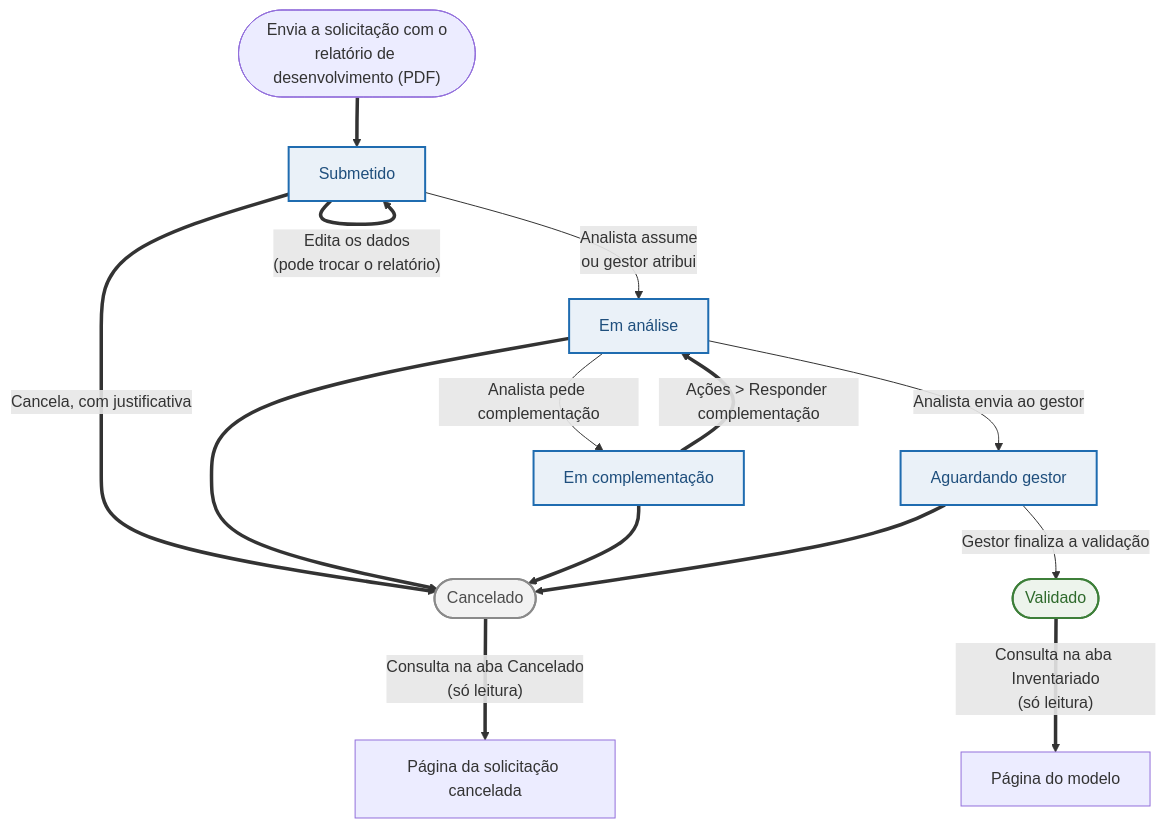
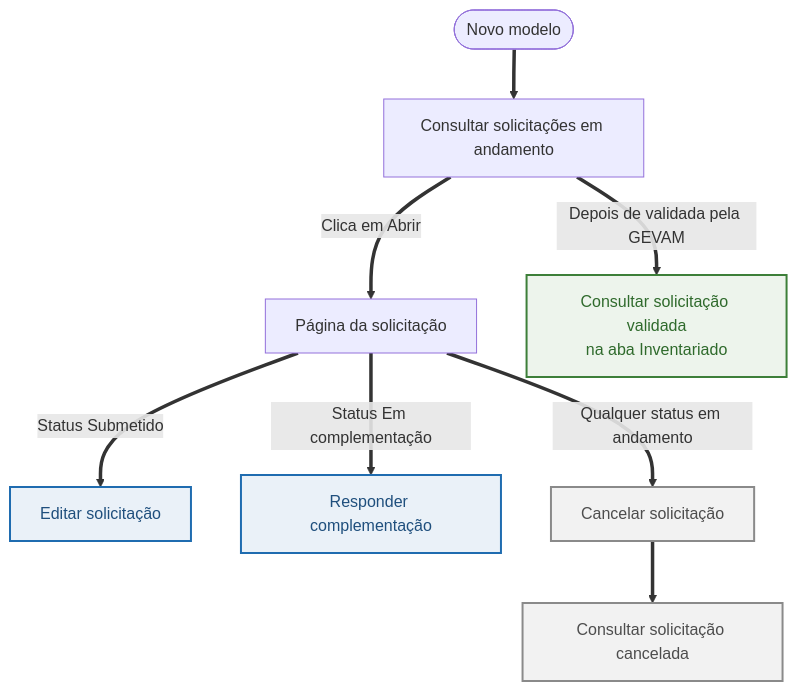
One commit to barlettab/svm-frontend changed the diagram in handoff/EVOLUCOES-SOLICITANTE.md. Above: the diagram before and after it, drawn with Mermaid. The commit also changed other lines of this file and 127 other files, not shown here.

First line of the commit message:
Evoluções do analista e do gestor: assumir, papéis da GEVAM e documentação

````diff
--- a/handoff/EVOLUCOES-SOLICITANTE.md
+++ b/handoff/EVOLUCOES-SOLICITANTE.md
@@ -26,19 +26,13 @@
 ```mermaid
 flowchart TB
-    INI(["Envia a solicitação com o<br/>relatório de desenvolvimento (PDF)"]) ==> SUB["Submetido"]:::status
-    SUB ==>|"Edita os dados<br/>(pode trocar o relatório)"| SUB
-    SUB -->|"Analista assume<br/>ou gestor atribui"| ANA["Em análise"]:::status
-    ANA -->|"Analista pede complementação"| COMP["Em complementação"]:::status
-    COMP ==>|"Ações > Responder complementação"| ANA
-    ANA -->|"Analista envia ao gestor"| GES["Aguardando gestor"]:::status
-    GES -->|"Gestor finaliza a validação"| VAL(["Validado"]):::ok
-    VAL ==>|"Consulta na aba Inventariado<br/>(só leitura)"| CONS["Página do modelo"]
-    SUB ==>|"Cancela, com justificativa"| CAN(["Cancelado"]):::cancel
-    ANA ==> CAN
-    COMP ==> CAN
-    GES ==> CAN
-    CAN ==>|"Consulta na aba Cancelado<br/>(só leitura)"| CONSC["Página da solicitação cancelada"]
-    classDef status fill:#eaf1f8,stroke:#1f6cb0,stroke-width:2px,color:#1f4f7d
+    INI(["Novo modelo"]) ==> ACO["Consultar solicitações em andamento"]
+    ACO ==>|"Clica em Abrir"| ABR["Página da solicitação"]
+    ABR ==>|"Status Submetido"| EDI["Editar solicitação"]:::acao
+    ABR ==>|"Status Em complementação"| RESP["Responder complementação"]:::acao
+    ABR ==>|"Qualquer status em andamento"| CANC["Cancelar solicitação"]:::cancel
+    CANC ==> ACAN["Consultar solicitação cancelada"]:::cancel
+    ACO ==>|"Depois de validada pela GEVAM"| AINV["Consultar solicitação validada<br/>na aba Inventariado"]:::ok
+    classDef acao fill:#eaf1f8,stroke:#1f6cb0,stroke-width:2px,color:#1f4f7d
     classDef ok fill:#edf4ec,stroke:#3d7f39,stroke-width:2px,color:#2f6a2c
     classDef cancel fill:#f2f2f2,stroke:#8a8a8a,stroke-width:2px,color:#4d4d4d
 ```
````
